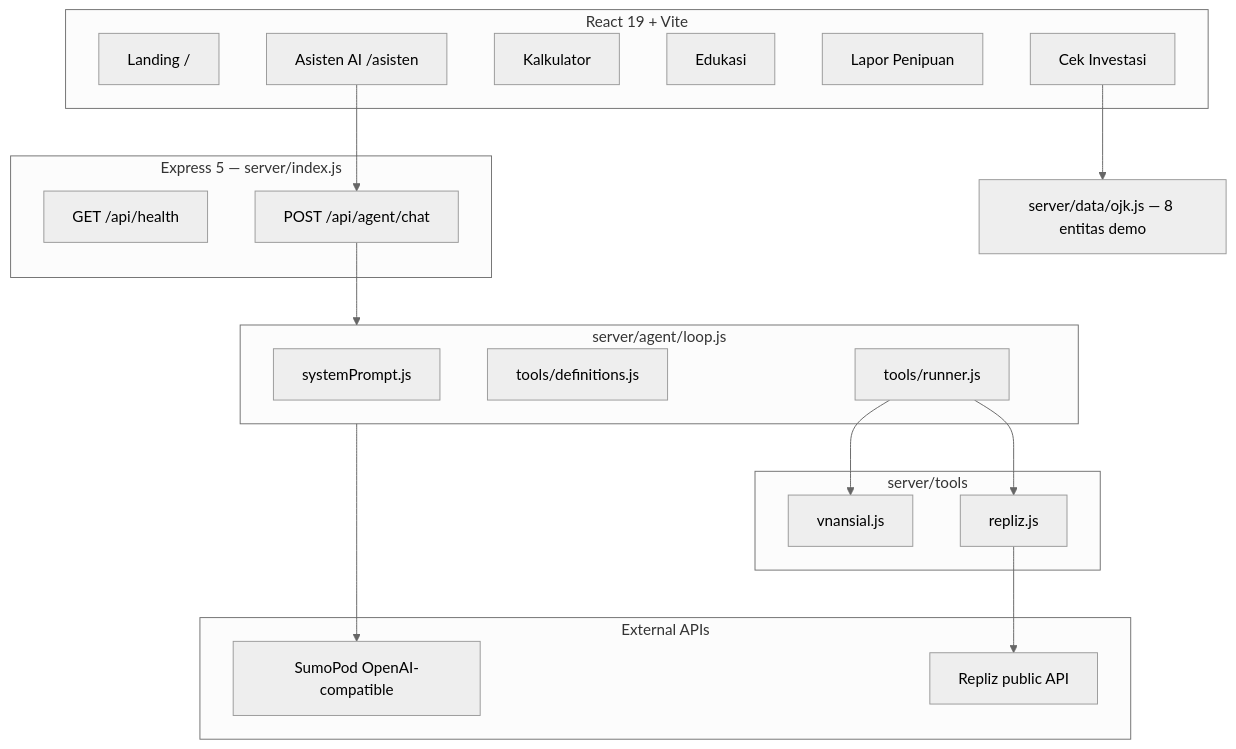
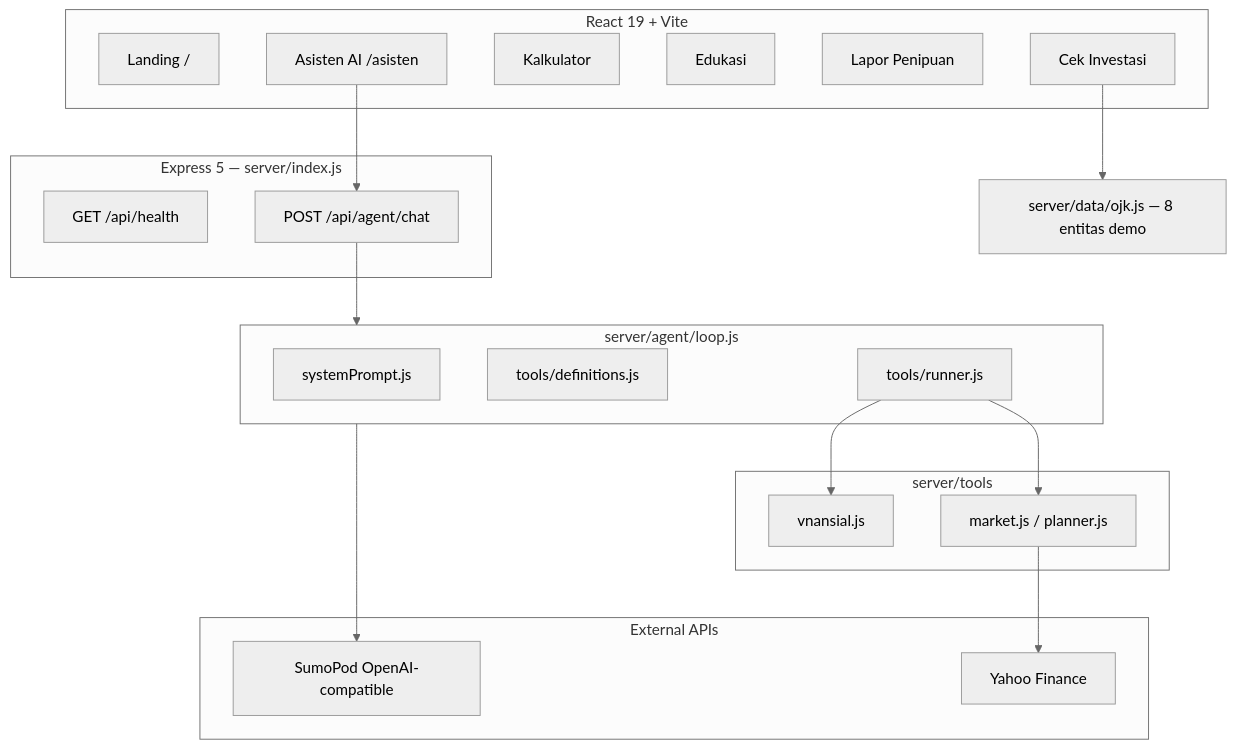
One commit to mukhayyar/OpenClaw2026_BRBSolo_vnansial changed the second of 2 diagrams in README.md. Above: the diagram before and after it, drawn with Mermaid (neutral theme). The commit also changed other lines of this file and 32 other files, not shown here.

````diff
--- a/README.md
+++ b/README.md
@@ -67,40 +67,40 @@
 ```mermaid
 flowchart TB
   subgraph Frontend["React 19 + Vite"]
     L[Landing /]
     C[Cek Investasi]
     K[Kalkulator]
     E[Edukasi]
     P[Lapor Penipuan]
     A[Asisten AI /asisten]
   end
 
   subgraph API["Express 5 — server/index.js"]
     H[GET /api/health]
     CH[POST /api/agent/chat]
   end
 
   subgraph Agent["server/agent/loop.js"]
     SP[systemPrompt.js]
     TD[tools/definitions.js]
     TR[tools/runner.js]
   end
 
   subgraph Tools["server/tools"]
     V[vnansial.js]
-    R[repliz.js]
+    M[market.js / planner.js]
   end
 
   subgraph External["External APIs"]
     S[SumoPod OpenAI-compatible]
-    RZ[Repliz public API]
+    Y[Yahoo Finance]
   end
 
   A --> CH
   CH --> Agent
   TR --> V
-  TR --> R
+  TR --> M
   Agent --> S
-  R --> RZ
+  M --> Y
   C --> DemoMap[server/data/ojk.js — 8 entitas demo]
 ```
````
